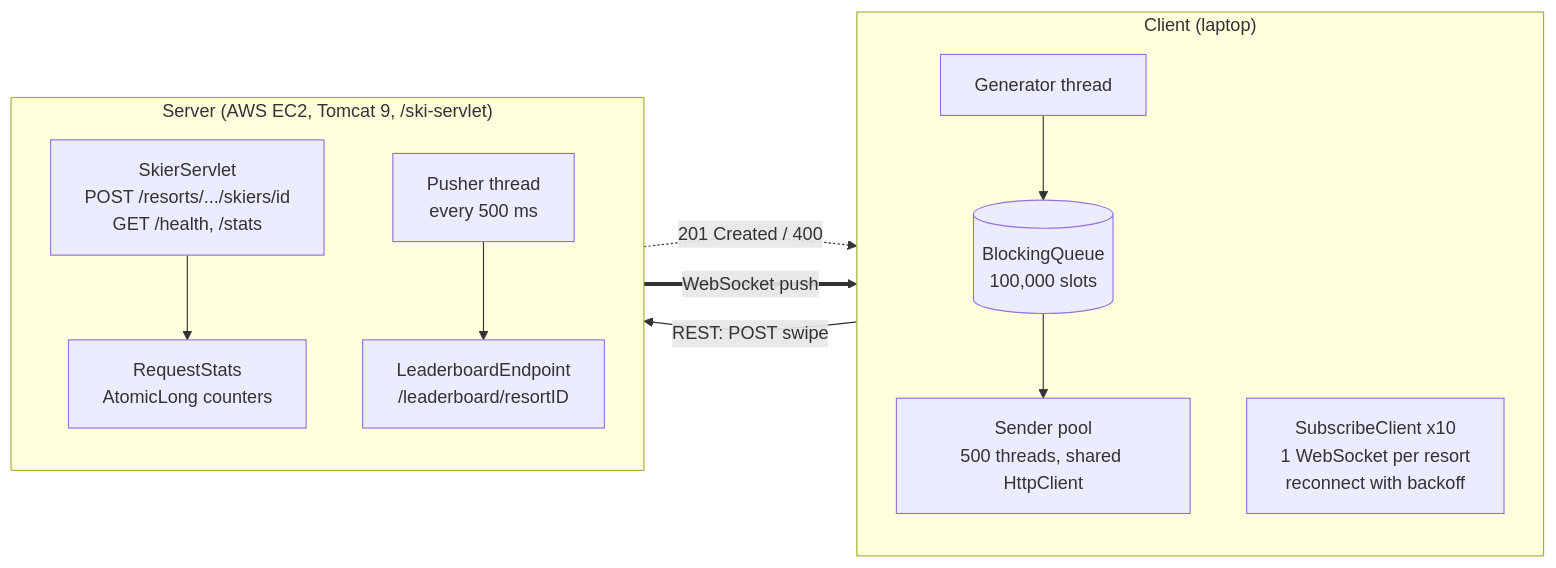
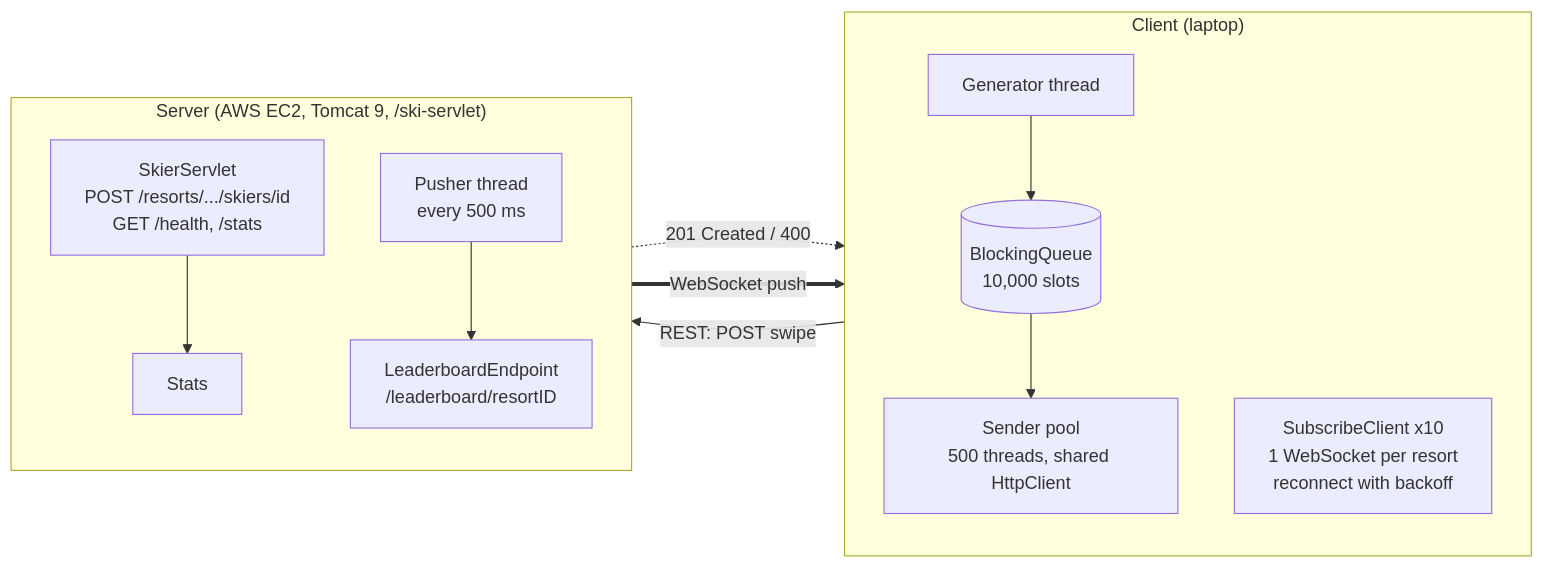
One commit to boyanglineu-prog/6650 changed the diagram in assignment1/design_document.md. Above: the diagram before and after it, drawn with Mermaid. The commit also changed other lines of this file and 6 other files, not shown here.

````diff
--- a/assignment1/design_document.md
+++ b/assignment1/design_document.md
@@ -5,21 +8,20 @@
 ```mermaid
 flowchart LR
     subgraph Client["Client (laptop)"]
         direction TB
-        Gen["Generator thread"] --> Q[("BlockingQueue<br/>100,000 slots")]
+        Gen["Generator thread"] --> Q[("BlockingQueue<br/>10,000 slots")]
         Q --> Senders["Sender pool<br/>500 threads, shared HttpClient"]
         Subs["SubscribeClient x10<br/>1 WebSocket per resort<br/>reconnect with backoff"]
     end
     subgraph Server["Server (AWS EC2, Tomcat 9, /ski-servlet)"]
         direction TB
         Servlet["SkierServlet<br/>POST /resorts/.../skiers/id<br/>GET /health, /stats"]
-        Stats["RequestStats<br/>AtomicLong counters"]
         LB["LeaderboardEndpoint<br/>/leaderboard/resortID"]
         Pusher["Pusher thread<br/>every 500 ms"]
         Servlet --> Stats
         Pusher --> LB
     end
     Senders -- "REST: POST swipe" --> Servlet
     Servlet -. "201 Created / 400" .-> Senders
     LB == "WebSocket push" ==> Subs
 ```
````
